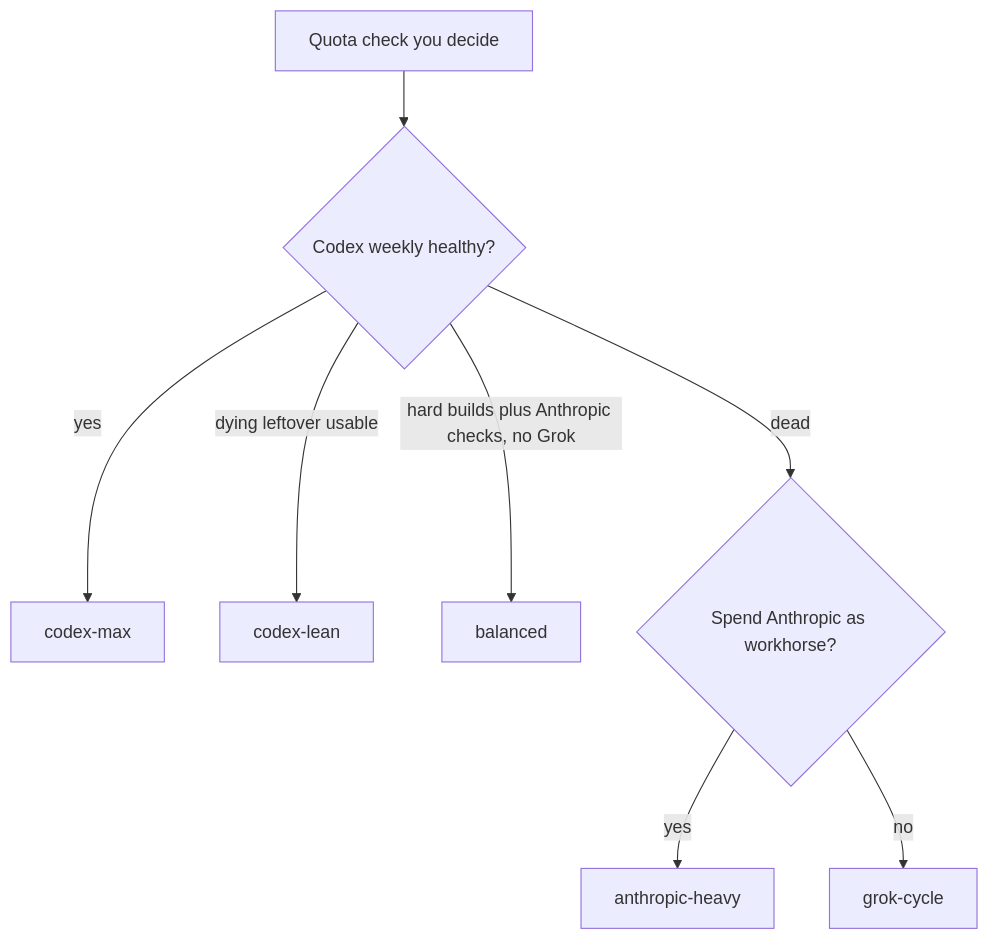
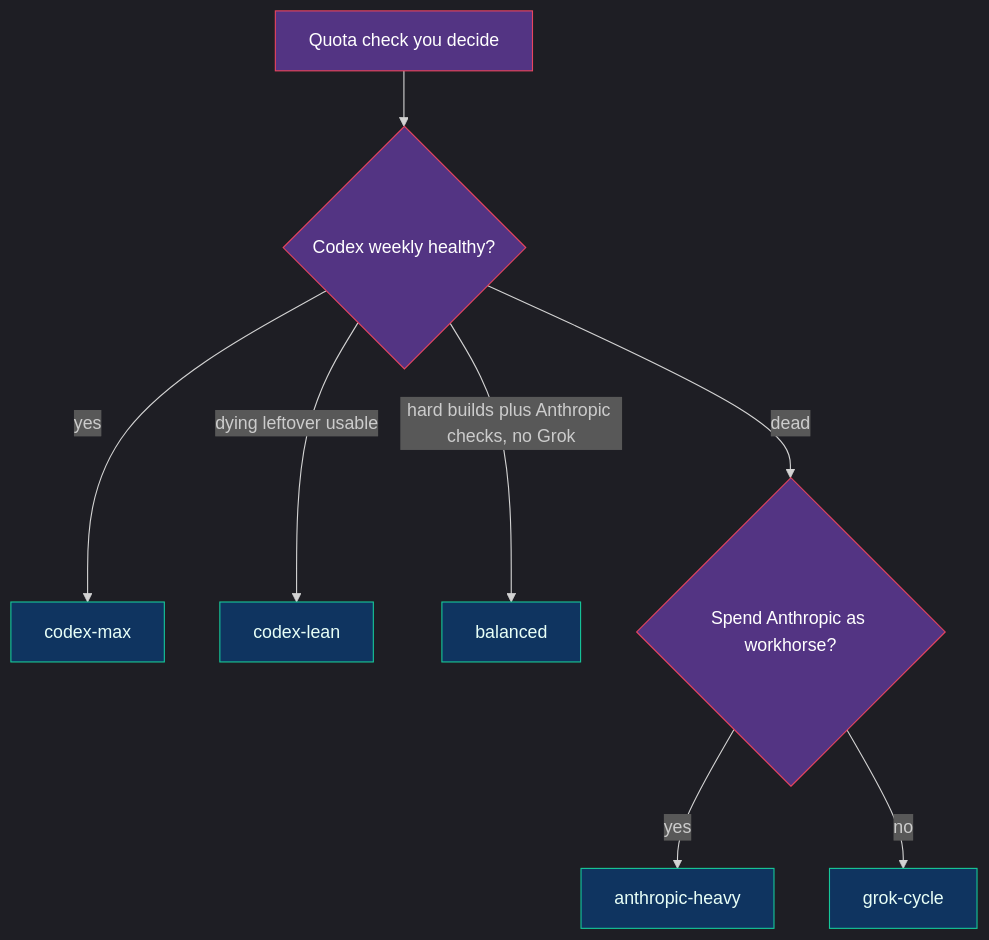
Before and after one commit to nourhelmi/pi-meta-harness: the second of 2 diagrams in docs/intelligence-profiles.md, drawn with Mermaid. The commit also changed other lines of this file and 7 other files, not shown here.

````diff
--- a/docs/intelligence-profiles.md
+++ b/docs/intelligence-profiles.md
@@ -133,10 +144,19 @@
 ```mermaid
+---
+config:
+  theme: dark
+---
 flowchart TD
   Start[Quota check you decide] --> CodexQ{Codex weekly healthy?}
   CodexQ -->|yes| UseCM[codex-max]
   CodexQ -->|dying leftover usable| UseCL[codex-lean]
   CodexQ -->|hard builds plus Anthropic checks, no Grok| UseBA[balanced]
   CodexQ -->|dead| AnthQ{Spend Anthropic as workhorse?}
   AnthQ -->|yes| UseAH[anthropic-heavy]
   AnthQ -->|no| UseGC[grok-cycle]
+
+  classDef q fill:#533483,stroke:#e94560,color:#fff
+  classDef pick fill:#0f3460,stroke:#16c79a,color:#e8fff7
+  class Start,CodexQ,AnthQ q
+  class UseCM,UseCL,UseBA,UseAH,UseGC pick
 ```
````
